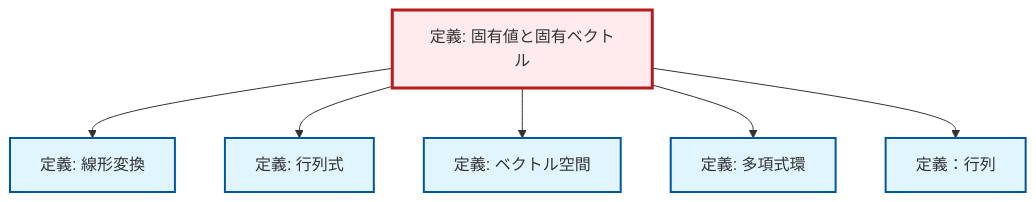
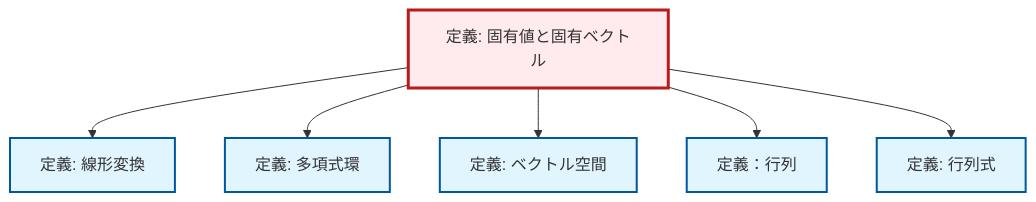
One commit to RK0429/ModernMath changed the diagram in content/ja/algebra/def-eigenvalue-eigenvector.qmd. Above: the diagram before and after it, drawn with Mermaid. The commit also changed 672 other files, not shown here.

````diff
--- a/content/ja/algebra/def-eigenvalue-eigenvector.qmd
+++ b/content/ja/algebra/def-eigenvalue-eigenvector.qmd
@@ -77,26 +77,26 @@
 ```{mermaid}
-%%| fig-cap: "Local dependency graph"
+%%| fig-cap: "ローカル依存関係グラフ"
 graph TD
     classDef definition fill:#e1f5fe,stroke:#01579b,stroke-width:2px
     classDef theorem fill:#f3e5f5,stroke:#4a148c,stroke-width:2px
     classDef axiom fill:#fff3e0,stroke:#e65100,stroke-width:2px
     classDef example fill:#e8f5e9,stroke:#1b5e20,stroke-width:2px
     classDef current fill:#ffebee,stroke:#b71c1c,stroke-width:3px
+    def-determinant["定義: 行列式"]:::definition
+    def-eigenvalue-eigenvector["定義: 固有値と固有ベクトル"]:::definition
+    def-matrix["定義：行列"]:::definition
+    def-linear-transformation["定義: 線形変換"]:::definition
     def-polynomial-ring["定義: 多項式環"]:::definition
     def-vector-space["定義: ベクトル空間"]:::definition
-    def-linear-transformation["定義: 線形変換"]:::definition
-    def-eigenvalue-eigenvector["定義: 固有値と固有ベクトル"]:::definition
-    def-matrix["定義：行列"]:::definition
-    def-determinant["定義: 行列式"]:::definition
     def-eigenvalue-eigenvector --> def-linear-transformation
+    def-eigenvalue-eigenvector --> def-polynomial-ring
+    def-eigenvalue-eigenvector --> def-vector-space
+    def-eigenvalue-eigenvector --> def-matrix
     def-eigenvalue-eigenvector --> def-determinant
-    def-eigenvalue-eigenvector --> def-vector-space
-    def-eigenvalue-eigenvector --> def-polynomial-ring
-    def-eigenvalue-eigenvector --> def-matrix
     class def-eigenvalue-eigenvector current
+    click def-determinant "def-determinant.html" "行列式の定義へ"
+    click def-matrix "def-matrix.html" "定義：行列へ"
+    click def-linear-transformation "def-linear-transformation.html" "線形変換の定義へ"
     click def-polynomial-ring "def-polynomial-ring.html" "多項式環の定義へ"
     click def-vector-space "def-vector-space.html" "ベクトル空間の定義へ"
-    click def-linear-transformation "def-linear-transformation.html" "線形変換の定義へ"
-    click def-matrix "def-matrix.html" "定義：行列へ"
-    click def-determinant "def-determinant.html" "行列式の定義へ"
 ```
````
